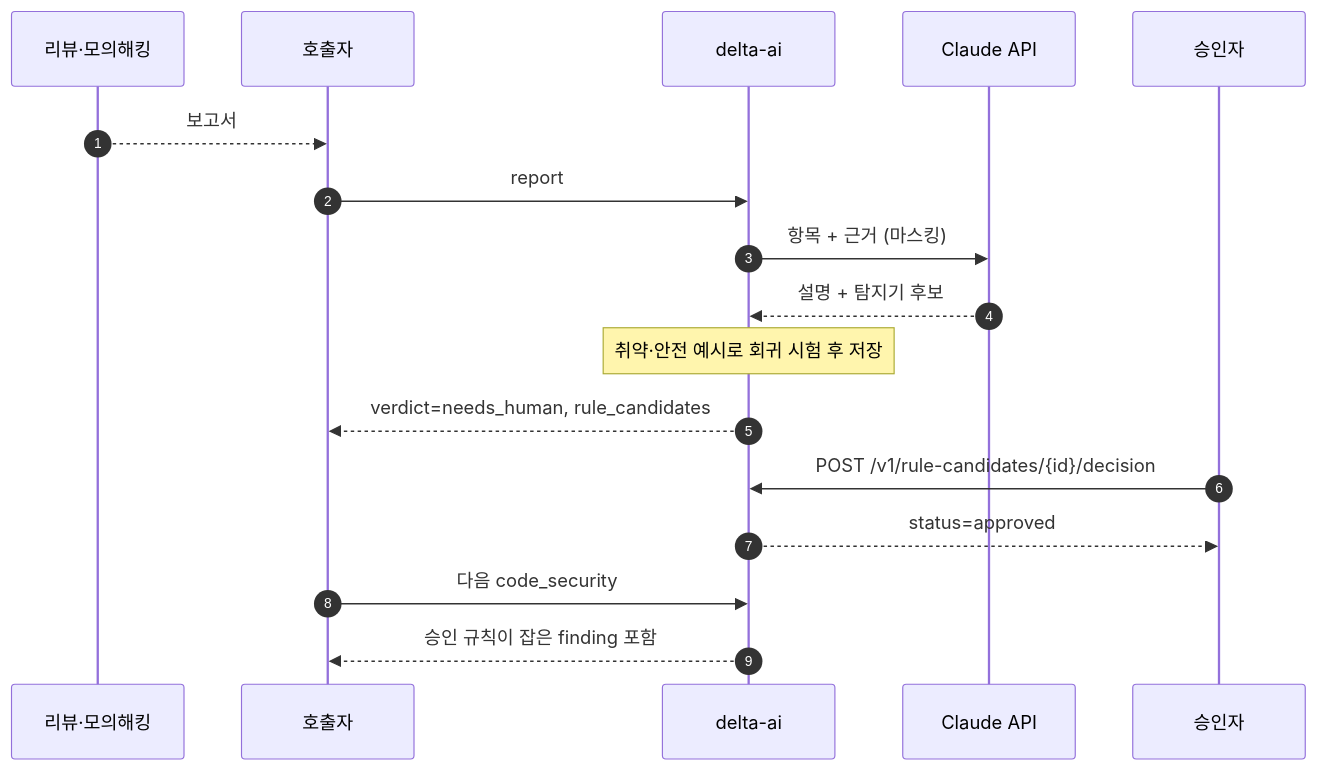
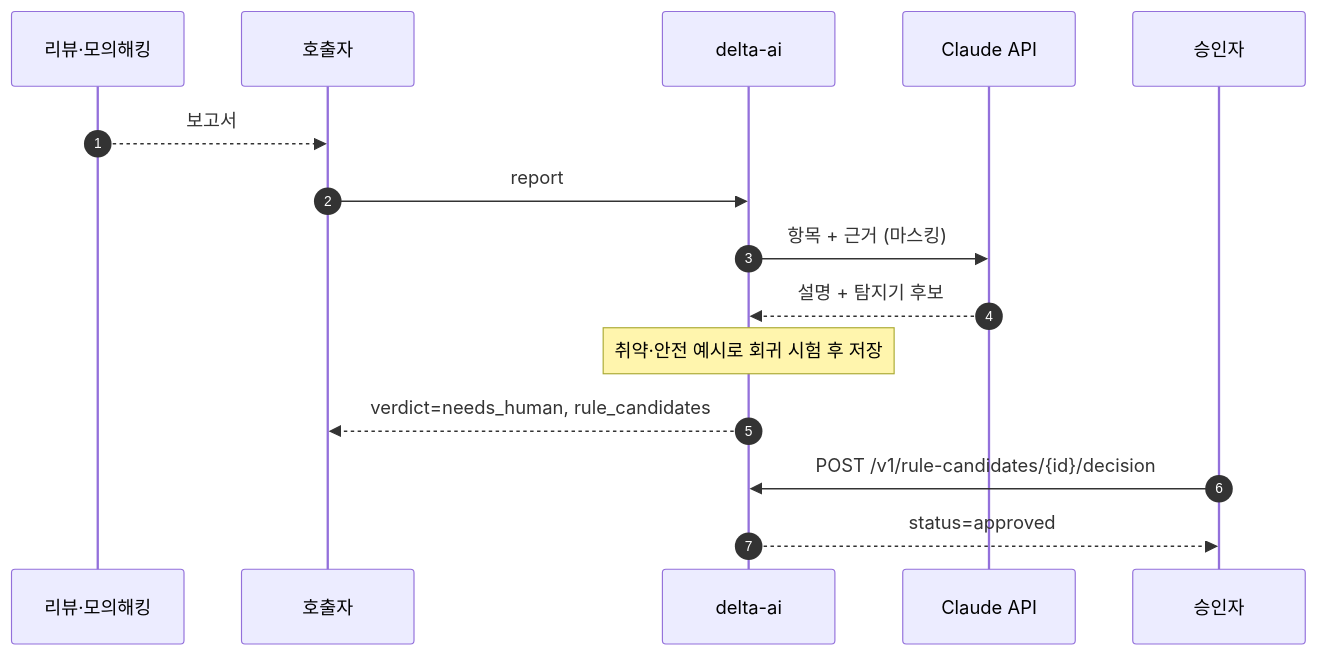
The seventh of 7 diagrams in services/delta-ai/docs/architecture.md (2026-sbh-delta/delta-network-gateway), drawn with Mermaid before and after one commit. The commit also changed other lines of this file and 38 other files, not shown here.

Commit message:
refactor: remove code security path from delta-ai

````diff
--- a/services/delta-ai/docs/architecture.md
+++ b/services/delta-ai/docs/architecture.md
@@ -256,19 +221,17 @@
 ```mermaid
 sequenceDiagram
   autonumber
   participant R as 리뷰·모의해킹
   participant A as 호출자
   participant D as delta-ai
   participant L as Claude API
   participant H as 승인자
   R-->>A: 보고서
   A->>D: report
   D->>L: 항목 + 근거 (마스킹)
   L-->>D: 설명 + 탐지기 후보
   Note over D: 취약·안전 예시로 회귀 시험 후 저장
   D-->>A: verdict=needs_human, rule_candidates
   H->>D: POST /v1/rule-candidates/{id}/decision
   D-->>H: status=approved
-  A->>D: 다음 code_security
-  D-->>A: 승인 규칙이 잡은 finding 포함
 ```
````
